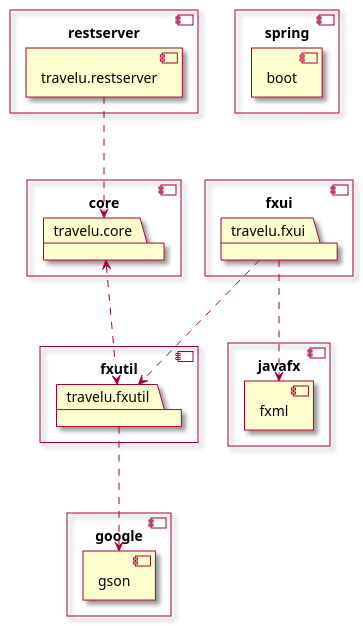
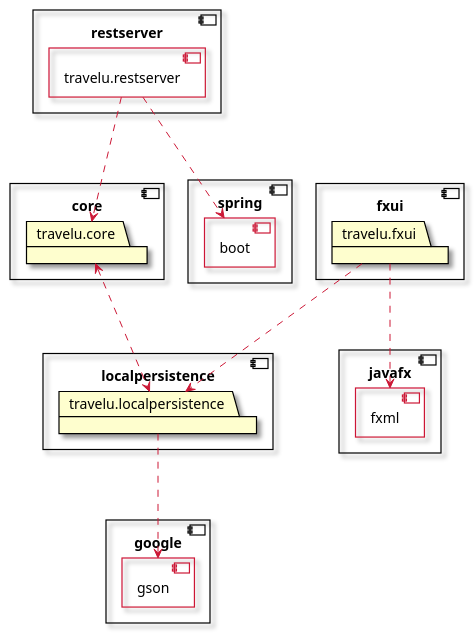
One commit to tbwiik/Travelu changed the diagram in docs/packageDiagram.plantuml. Above: the diagram before and after it, drawn with PlantUML.

Commit message:
docs: update diagram for latest updated project

```diff
--- a/docs/packageDiagram.plantuml
+++ b/docs/packageDiagram.plantuml
@@ -1,41 +1,55 @@
 @startuml packageDiagram 
 skin rose
 
 component restserver {
-  [travelu.restserver]
+  [travelu.restserver] <<inside>>
 }
 
 component fxui {
   package travelu.fxui {
 }
 }
 
 component core {
   package travelu.core {
 }
 }
 
-component fxutil {
-  package travelu.fxutil {
+component localpersistence {
+  package travelu.localpersistence {
 }
 }
 
 component spring {
-  [boot] 
+  [boot] <<inside>>
 }
 
 component javafx {
-  [fxml] 
+  [fxml] <<inside>>
 }
 
-
 component google {
-  [gson] 
+  [gson] <<inside>>
 }
 
+skinparam Component {
+  BackgroundColor transparent
+  BorderColor black
+  BorderColor<<inside>> #cc1836
+}
+
+skinparam ComponentBorderThickness 1.2
+skinparam PackageBorderThickness 1.2
+skinparam PackageBorderColor black
+skinparam ArrowColor #cc1836
+
+HIDE <<inside>> stereotype
+
+
 travelu.fxui ...> fxml
-travelu.fxui ...> travelu.fxutil
-travelu.fxutil ...> gson
-travelu.core <...> travelu.fxutil
+travelu.fxui ...> travelu.localpersistence
+travelu.localpersistence ...> gson
+travelu.core <...> travelu.localpersistence
 travelu.restserver ...> travelu.core
+travelu.restserver ...> boot
 @enduml
```
